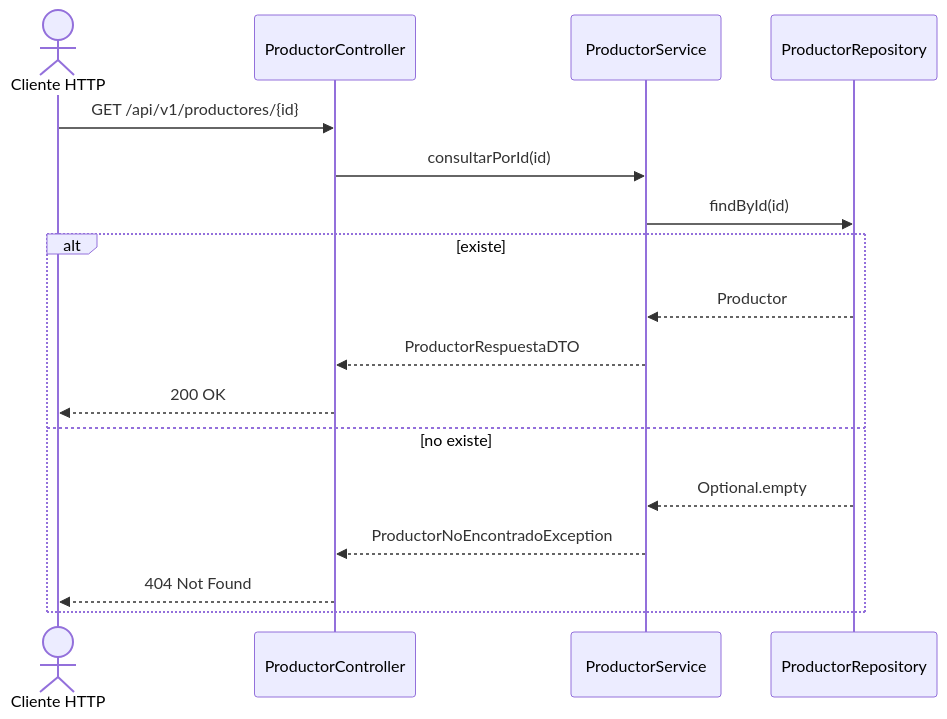
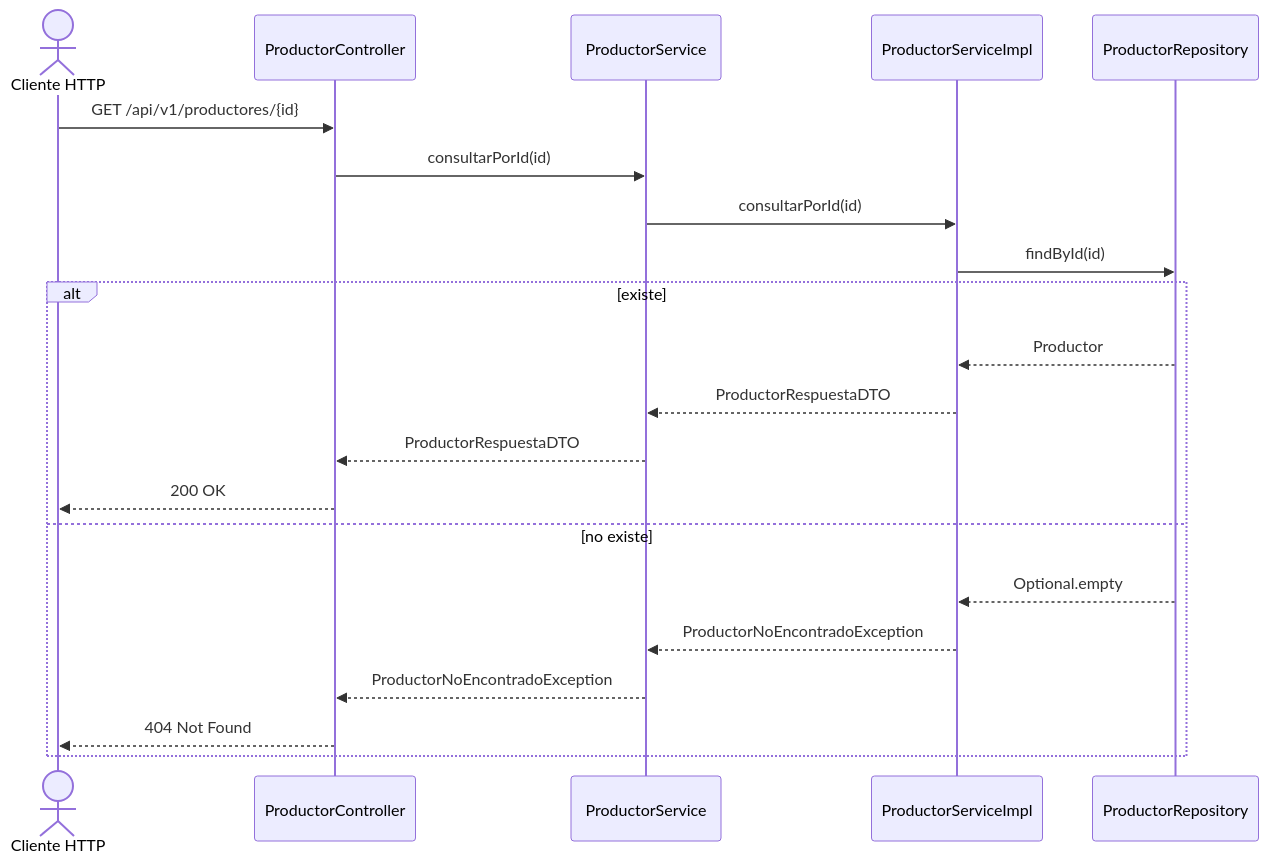
The second of 3 diagrams in docs/diseno/diagramas-comportamiento-componentes.md (lexoday/agrovalle-connect), drawn with Mermaid before and after one commit. The commit also changed other lines of this file and 41 other files, not shown here.

````diff
--- a/docs/diseno/diagramas-comportamiento-componentes.md
+++ b/docs/diseno/diagramas-comportamiento-componentes.md
@@ -30,19 +33,23 @@
 ```mermaid
 sequenceDiagram
     actor C as Cliente HTTP
     participant PC as ProductorController
     participant PS as ProductorService
+    participant PSI as ProductorServiceImpl
     participant PR as ProductorRepository
     C->>PC: GET /api/v1/productores/{id}
     PC->>PS: consultarPorId(id)
-    PS->>PR: findById(id)
+    PS->>PSI: consultarPorId(id)
+    PSI->>PR: findById(id)
     alt existe
-        PR-->>PS: Productor
+        PR-->>PSI: Productor
+        PSI-->>PS: ProductorRespuestaDTO
         PS-->>PC: ProductorRespuestaDTO
         PC-->>C: 200 OK
     else no existe
-        PR-->>PS: Optional.empty
+        PR-->>PSI: Optional.empty
+        PSI-->>PS: ProductorNoEncontradoException
         PS-->>PC: ProductorNoEncontradoException
         PC-->>C: 404 Not Found
     end
 ```
````
